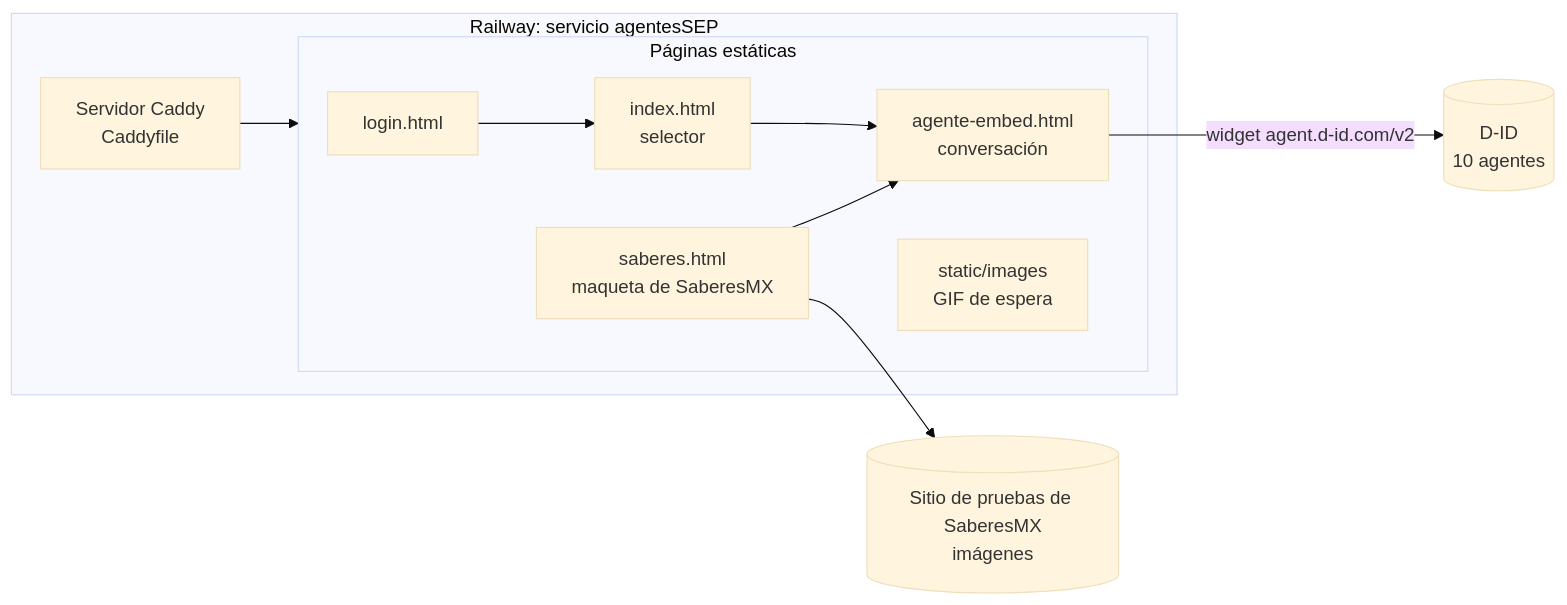
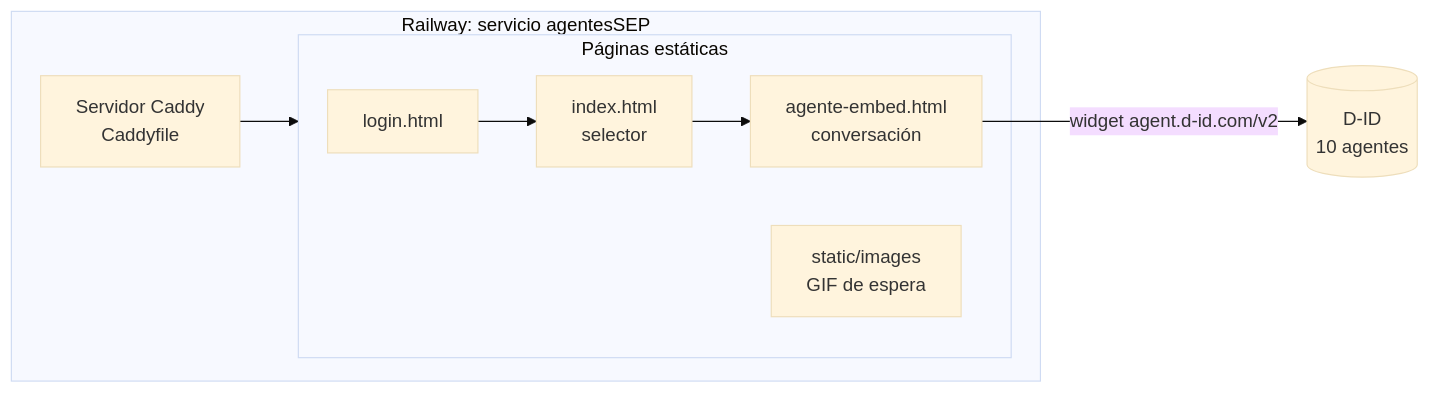
Before and after one commit to Innovacion-AG/habla-con-la-historia: the second of 3 diagrams in docs/blueprint.md, drawn with Mermaid (base theme). The commit also changed other lines of this file and 5 other files, not shown here.

First line of the commit message:
Retira la maqueta saberes.html y redirige sus rutas a la raíz (#5)

````diff
--- a/docs/blueprint.md
+++ b/docs/blueprint.md
@@ -16,18 +16,15 @@
 ```mermaid
 flowchart LR
   subgraph railway[Railway: servicio agentesSEP]
     caddy[Servidor Caddy<br/>Caddyfile]
     subgraph paginas[Páginas estáticas]
       login[login.html]
       selector[index.html<br/>selector]
       embed[agente-embed.html<br/>conversación]
-      maqueta[saberes.html<br/>maqueta de SaberesMX]
       imagenes[static/images<br/>GIF de espera]
     end
     caddy --> paginas
   end
   login --> selector --> embed
-  maqueta --> embed
   embed -->|"widget agent.d-id.com/v2"| did[(D-ID<br/>10 agentes)]
-  maqueta --> saberesimg[(Sitio de pruebas de SaberesMX<br/>imágenes)]
 ```
````
